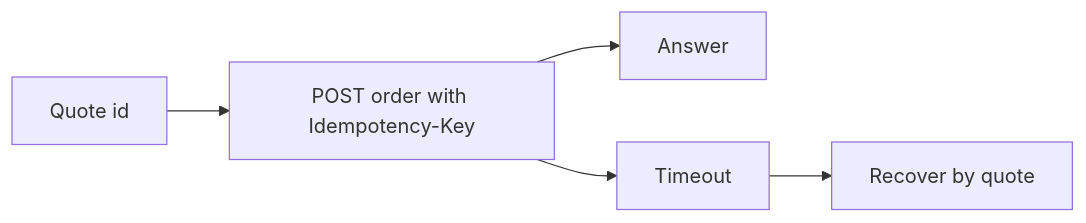
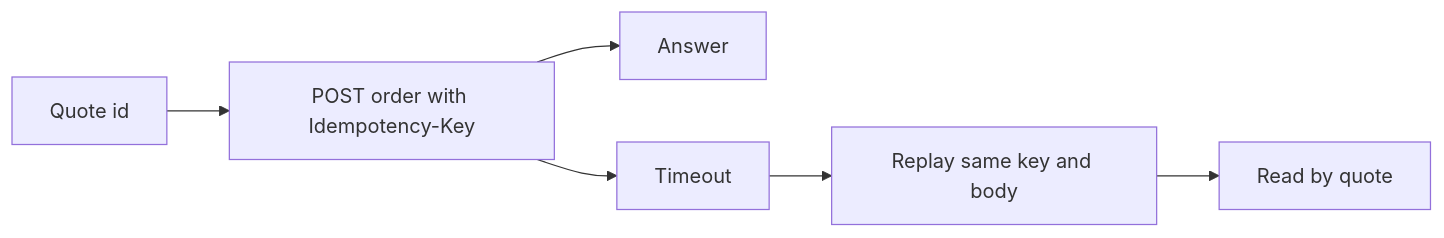
The diagram in trade/orders.mdx (TetraFi/docs), drawn with Mermaid before and after one commit. The commit also changed other lines of this file and 14 other files, not shown here.

````diff
--- a/trade/orders.mdx
+++ b/trade/orders.mdx
@@ -22,7 +22,8 @@
 ```mermaid
 flowchart LR
   A[Quote id] --> B[POST order with Idempotency-Key]
   B --> C[Answer]
   B --> D[Timeout]
-  D --> E[Recover by quote]
+  D --> R[Replay same key and body]
+  R --> E[Read by quote]
 ```
````
